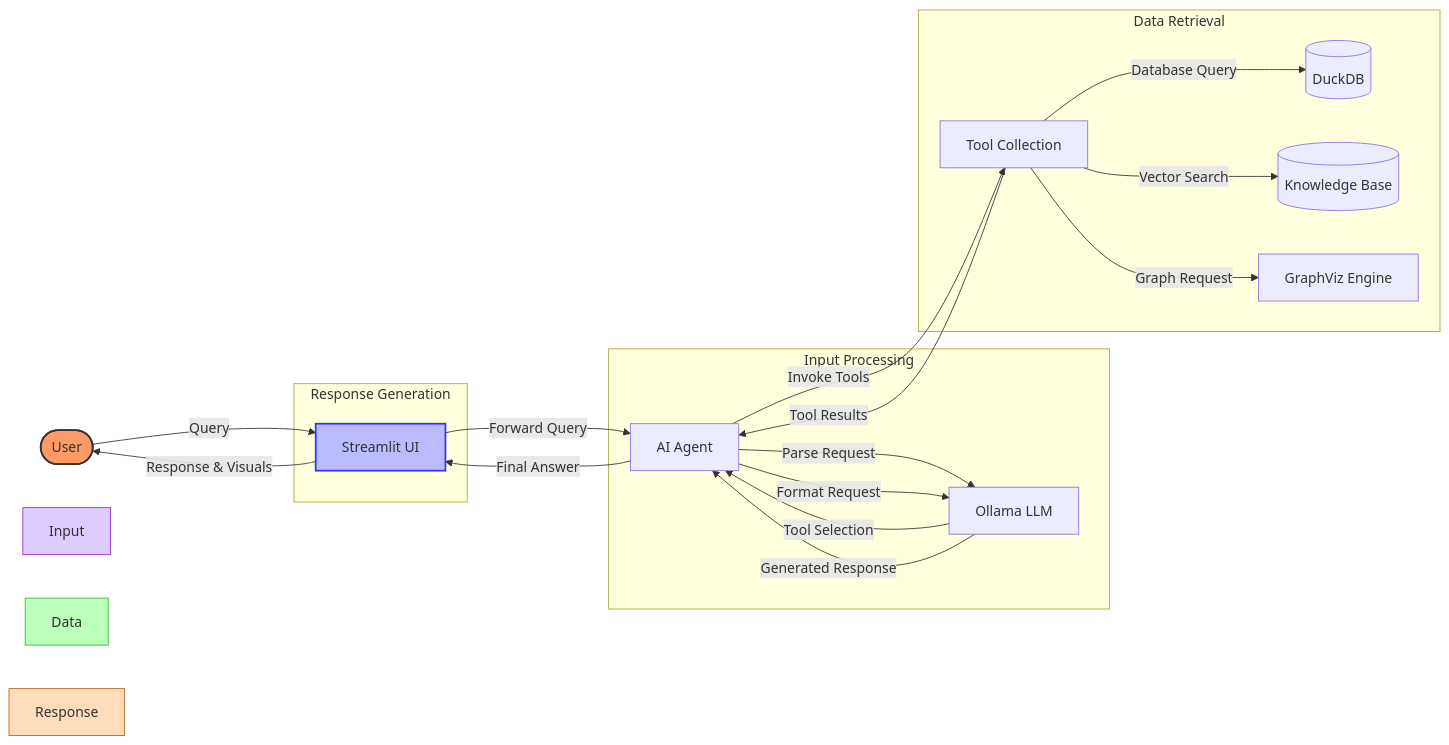
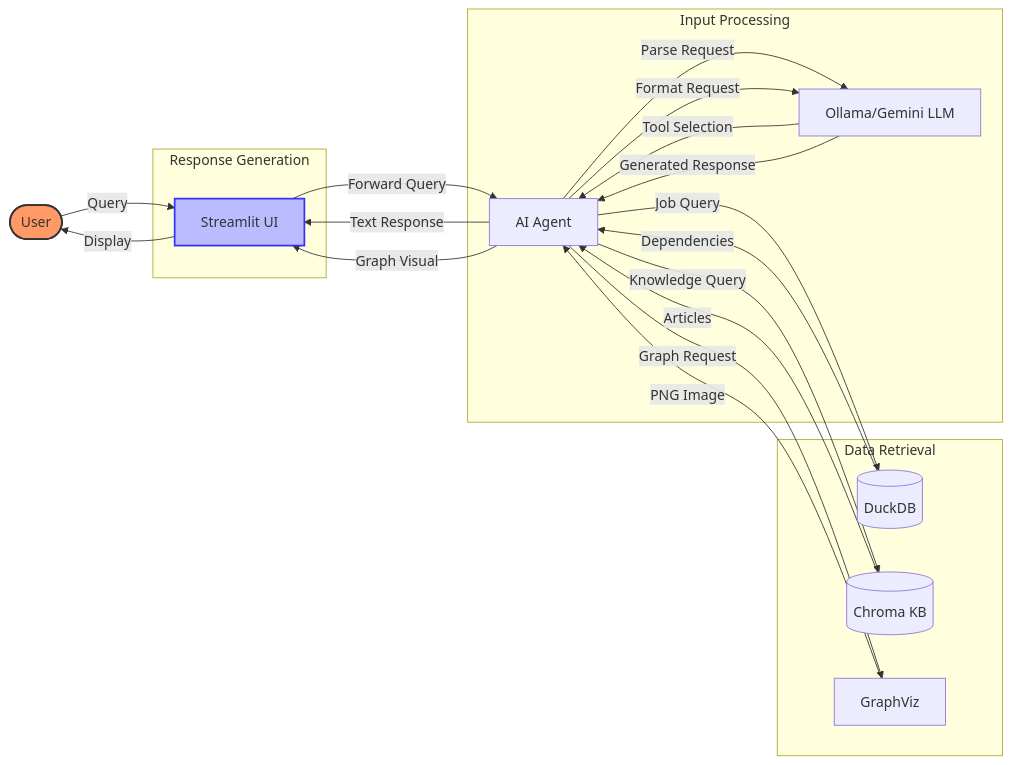
The diagram in assets/diagrams/data_flow_diagram.mmd (aviVzm05/dependency_analysis), drawn with Mermaid before and after one commit. The commit also changed 6 other files, not shown here.

Commit message:
Update diagrams and README for enhanced clarity and functionality

```diff
--- a/assets/diagrams/data_flow_diagram.mmd
+++ b/assets/diagrams/data_flow_diagram.mmd
@@ -1,30 +1,30 @@
 flowchart LR
     User([User]) --> |Query| UI[Streamlit UI]
     UI --> |Forward Query| Agent[AI Agent]
     
     subgraph Input Processing
-        Agent --> |Parse Request| LLM[Ollama LLM]
+        Agent --> |Parse Request| LLM[Ollama/Gemini LLM]
         LLM --> |Tool Selection| Agent
     end
     
     subgraph Data Retrieval
-        Agent --> |Invoke Tools| Tools[Tool Collection]
-        Tools --> |Database Query| DB[(DuckDB)]
-        Tools --> |Vector Search| KB[(Knowledge Base)]
-        Tools --> |Graph Request| GraphViz[GraphViz Engine]
+        Agent --> |Job Query| DB[(DuckDB)]
+        Agent --> |Knowledge Query| KB[(Chroma KB)]
+        Agent --> |Graph Request| GraphViz[GraphViz]
+        
+        DB --> |Dependencies| Agent
+        KB --> |Articles| Agent
+        GraphViz --> |PNG Image| Agent
     end
     
     subgraph Response Generation
-        Tools --> |Tool Results| Agent
         Agent --> |Format Request| LLM
         LLM --> |Generated Response| Agent
-        Agent --> |Final Answer| UI
+        Agent --> |Text Response| UI
+        Agent --> |Graph Visual| UI
     end
     
-    UI --> |Response & Visuals| User
+    UI --> |Display| User
     
     style User fill:#f96,stroke:#333,stroke-width:2px
     style UI fill:#bbf,stroke:#33f,stroke-width:2px
-    style Input fill:#dcf,stroke:#93c,stroke-width:1px
-    style Data fill:#bfb,stroke:#3b3,stroke-width:1px
-    style Response fill:#fdb,stroke:#b62,stroke-width:1px
```
